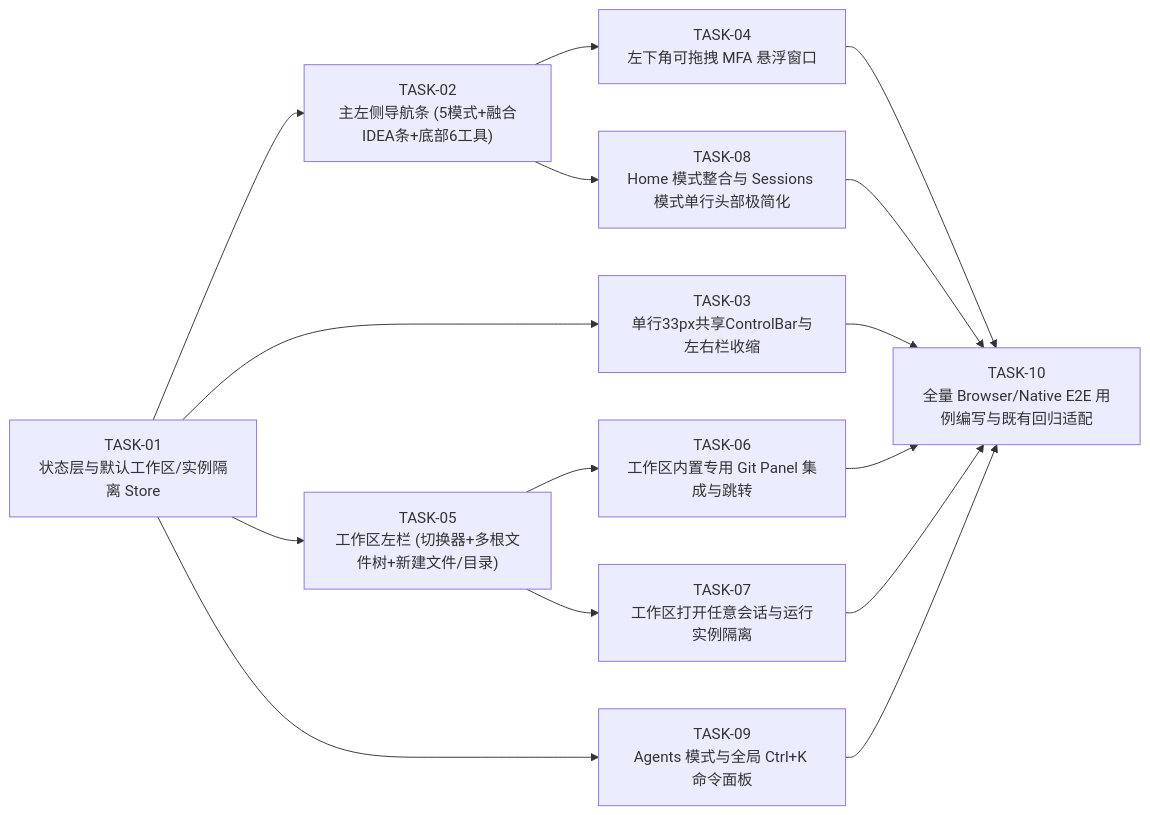
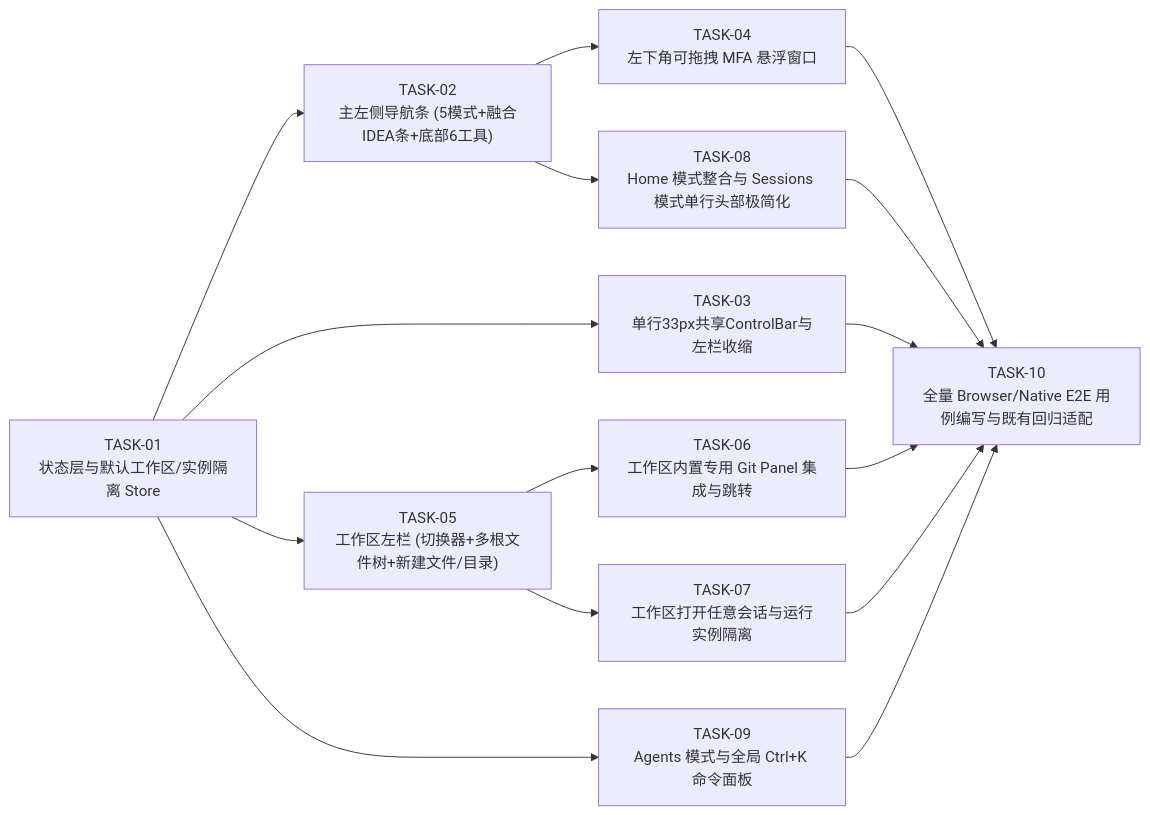
The second of 2 diagrams in docs-feature/workspace-platform-redesign-design.md (engcapa/taomni), drawn with Mermaid before and after one commit. The commit also changed other lines of this file and 4 other files, not shown here.

````diff
--- a/docs-feature/workspace-platform-redesign-design.md
+++ b/docs-feature/workspace-platform-redesign-design.md
@@ -356,12 +355,12 @@
 ```mermaid
 flowchart LR
   T01["TASK-01\n状态层与默认工作区/实例隔离 Store"] --> T02["TASK-02\n主左侧导航条 (5模式+融合IDEA条+底部6工具)"]
-  T01 --> T03["TASK-03\n单行33px共享ControlBar与左右栏收缩"]
+  T01 --> T03["TASK-03\n单行33px共享ControlBar与左栏收缩"]
   T02 --> T04["TASK-04\n左下角可拖拽 MFA 悬浮窗口"]
   T01 --> T05["TASK-05\n工作区左栏 (切换器+多根文件树+新建文件/目录)"]
   T05 --> T06["TASK-06\n工作区内置专用 Git Panel 集成与跳转"]
   T05 --> T07["TASK-07\n工作区打开任意会话与运行实例隔离"]
   T02 --> T08["TASK-08\nHome 模式整合与 Sessions 模式单行头部极简化"]
   T01 --> T09["TASK-09\nAgents 模式与全局 Ctrl+K 命令面板"]
   T03 & T04 & T06 & T07 & T08 & T09 --> T10["TASK-10\n全量 Browser/Native E2E 用例编写与既有回归适配"]
 ```
````
